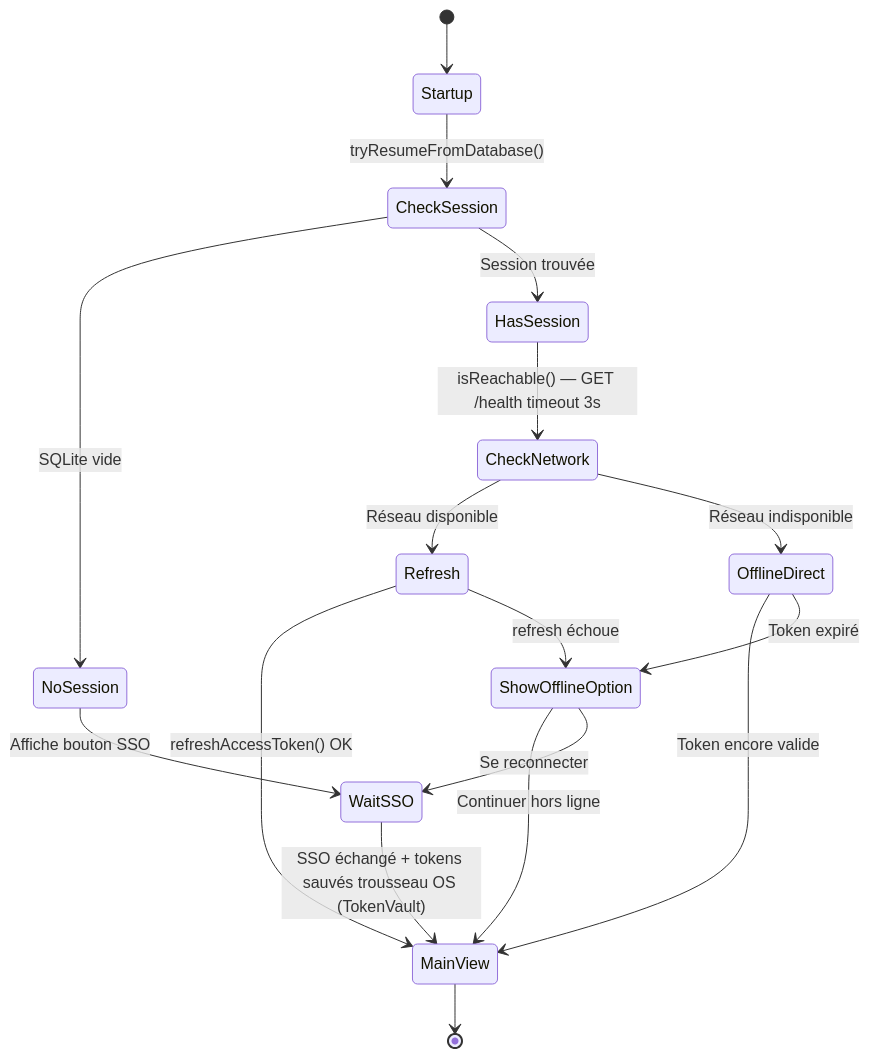
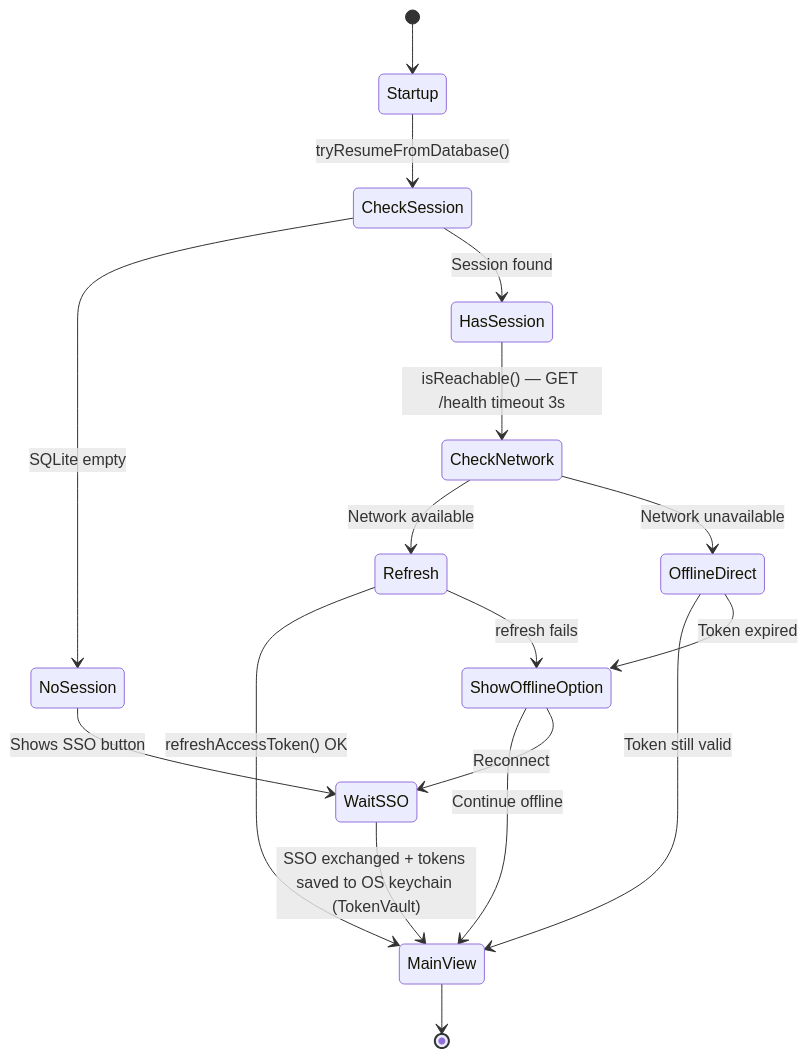
Diagram 14 of 21 in docs/ARCHITECTURE.md (creibaud/QuartierConnect), drawn with Mermaid before and after one commit. The commit also changed other lines of this file and 155 other files, not shown here.

````diff
--- a/docs/ARCHITECTURE.md
+++ b/docs/ARCHITECTURE.md
@@ -523,28 +525,28 @@
 ```mermaid
 stateDiagram-v2
     [*] --> Startup
 
     Startup --> CheckSession : tryResumeFromDatabase()
 
-    CheckSession --> NoSession : SQLite vide
-    CheckSession --> HasSession : Session trouvée
+    CheckSession --> NoSession : SQLite empty
+    CheckSession --> HasSession : Session found
 
-    NoSession --> WaitSSO : Affiche bouton SSO
+    NoSession --> WaitSSO : Shows SSO button
 
     HasSession --> CheckNetwork : isReachable() — GET /health timeout 3s
 
-    CheckNetwork --> Refresh : Réseau disponible
-    CheckNetwork --> OfflineDirect : Réseau indisponible
+    CheckNetwork --> Refresh : Network available
+    CheckNetwork --> OfflineDirect : Network unavailable
 
     Refresh --> MainView : refreshAccessToken() OK
-    Refresh --> ShowOfflineOption : refresh échoue
+    Refresh --> ShowOfflineOption : refresh fails
 
-    OfflineDirect --> MainView : Token encore valide
-    OfflineDirect --> ShowOfflineOption : Token expiré
+    OfflineDirect --> MainView : Token still valid
+    OfflineDirect --> ShowOfflineOption : Token expired
 
-    ShowOfflineOption --> MainView : Continuer hors ligne
-    ShowOfflineOption --> WaitSSO : Se reconnecter
+    ShowOfflineOption --> MainView : Continue offline
+    ShowOfflineOption --> WaitSSO : Reconnect
 
-    WaitSSO --> MainView : SSO échangé + tokens sauvés trousseau OS (TokenVault)
+    WaitSSO --> MainView : SSO exchanged + tokens saved to OS keychain (TokenVault)
     MainView --> [*]
 ```
````
